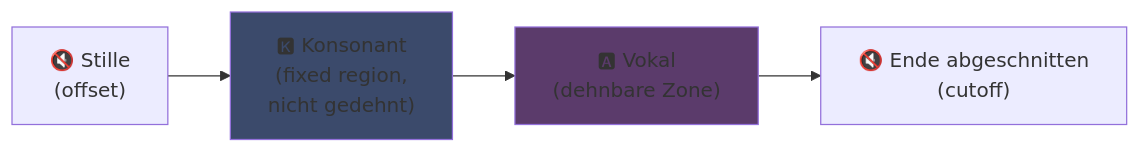
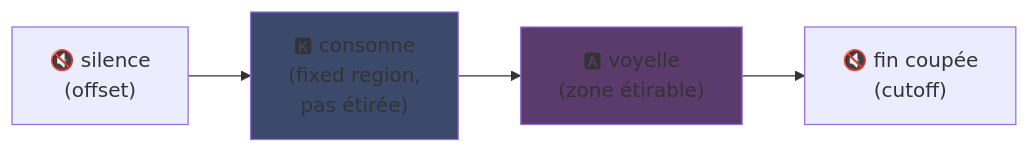
Before and after one commit to fox3000foxy/fox3000foxy.github.io: the first of 2 diagrams in public/articles/de/utau.md, drawn with Mermaid. The commit also changed other lines of this file and 576 other files, not shown here.

````diff
--- a/public/articles/de/utau.md
+++ b/public/articles/de/utau.md
@@ -81,8 +81,8 @@
 ```mermaid
 flowchart LR
-    A["🔇 Stille<br/>(offset)"] --> B["🅺 Konsonant<br/>(fixed region,<br/>nicht gedehnt)"]
-    B --> C["🅰 Vokal<br/>(dehnbare Zone)"]
-    C --> D["🔇 Ende abgeschnitten<br/>(cutoff)"]
+    A["🔇 silence<br/>(offset)"] --> B["🅺 consonne<br/>(fixed region,<br/>pas étirée)"]
+    B --> C["🅰 voyelle<br/>(zone étirable)"]
+    C --> D["🔇 fin coupée<br/>(cutoff)"]
     style B fill:#3b4a6b
     style C fill:#5b3b6b
 ```
````
